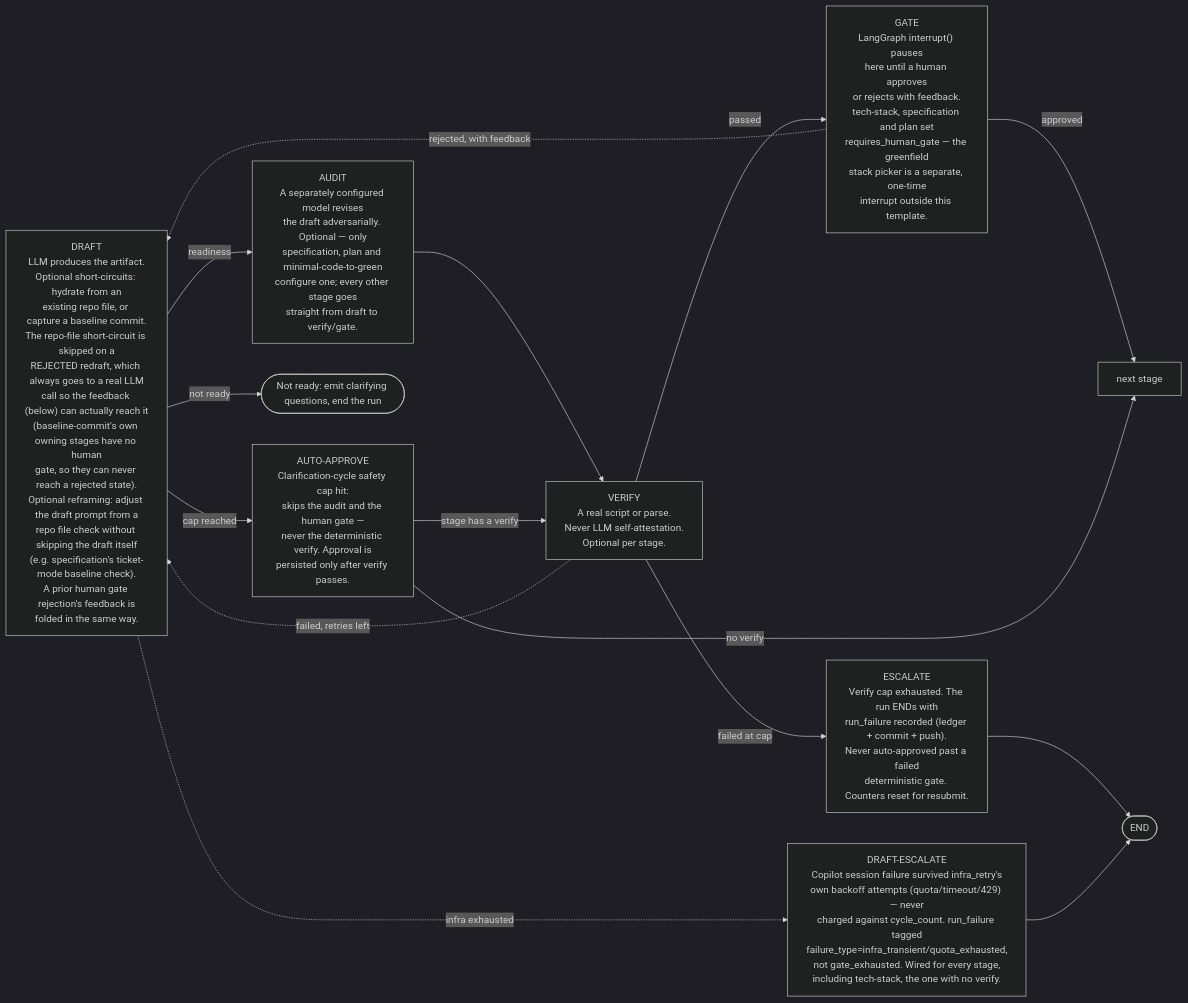
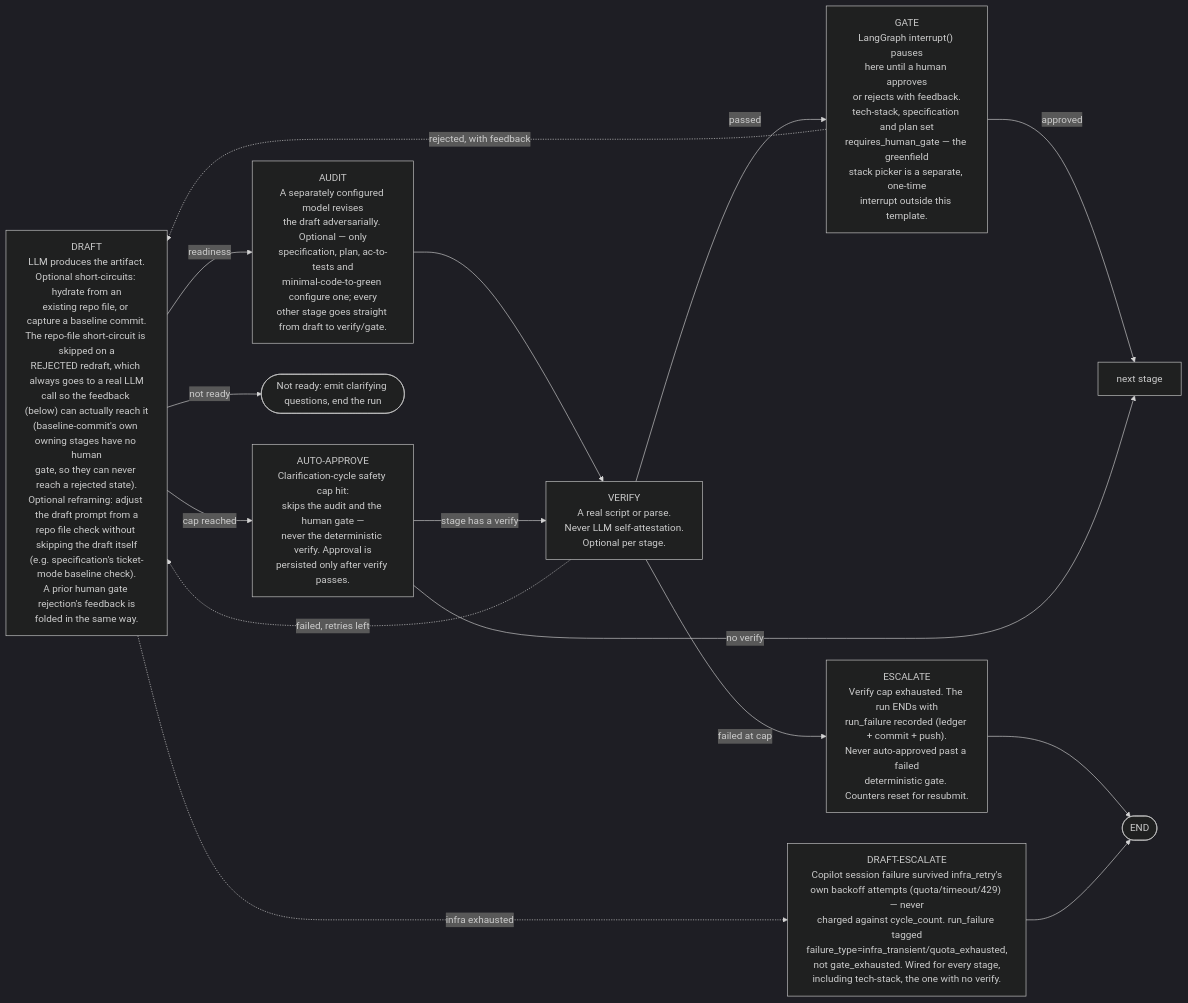
Before and after one commit to bancroftway/ai-dev-workflow: the second of 2 diagrams in README.md, drawn with Mermaid (dark theme). The commit also changed other lines of this file and 5 other files, not shown here.

````diff
--- a/README.md
+++ b/README.md
@@ -121,26 +121,26 @@
 ```mermaid
 flowchart LR
     d["DRAFT<br/>LLM produces the artifact.<br/>Optional short-circuits: hydrate from an<br/>existing repo file, or capture a baseline commit.<br/>The repo-file short-circuit is skipped on a<br/>REJECTED redraft, which always goes to a real LLM<br/>call so the feedback (below) can actually reach it<br/>(baseline-commit's own owning stages have no human<br/>gate, so they can never reach a rejected state).<br/>Optional reframing: adjust the draft prompt from a<br/>repo file check without skipping the draft itself<br/>(e.g. specification's ticket-mode baseline check).<br/>A prior human gate rejection's feedback is<br/>folded in the same way."]
-    a["AUDIT<br/>A separately configured model revises<br/>the draft adversarially. Optional — only<br/>specification, plan and minimal-code-to-green<br/>configure one; every other stage goes<br/>straight from draft to verify/gate."]
+    a["AUDIT<br/>A separately configured model revises<br/>the draft adversarially. Optional — only<br/>specification, plan, ac-to-tests and<br/>minimal-code-to-green configure one; every<br/>other stage goes straight from draft to verify/gate."]
     v["VERIFY<br/>A real script or parse.<br/>Never LLM self-attestation.<br/>Optional per stage."]
     g["GATE<br/>LangGraph interrupt() pauses<br/>here until a human approves<br/>or rejects with feedback.<br/>tech-stack, specification and plan set<br/>requires_human_gate — the greenfield<br/>stack picker is a separate, one-time<br/>interrupt outside this template."]
     aa["AUTO-APPROVE<br/>Clarification-cycle safety cap hit:<br/>skips the audit and the human gate —<br/>never the deterministic verify. Approval is<br/>persisted only after verify passes."]
     e["ESCALATE<br/>Verify cap exhausted. The run ENDs with<br/>run_failure recorded (ledger + commit + push).<br/>Never auto-approved past a failed<br/>deterministic gate. Counters reset for resubmit."]
     ie["DRAFT-ESCALATE<br/>Copilot session failure survived infra_retry's<br/>own backoff attempts (quota/timeout/429) — never<br/>charged against cycle_count. run_failure tagged<br/>failure_type=infra_transient/quota_exhausted,<br/>not gate_exhausted. Wired for every stage,<br/>including tech-stack, the one with no verify."]
     q(["Not ready: emit clarifying questions, end the run"])
 
     d -->|readiness| a
     d -->|cap reached| aa
     d -->|not ready| q
     d -.->|infra exhausted| ie
     a --> v
     v -->|passed| g
     v -.->|failed, retries left| d
     v -->|failed at cap| e
     e --> theend(["END"])
     ie --> theend
     g -->|approved| next["next stage"]
     g -.->|rejected, with feedback| d
     aa -->|stage has a verify| v
     aa -->|no verify| next
 ```
````
